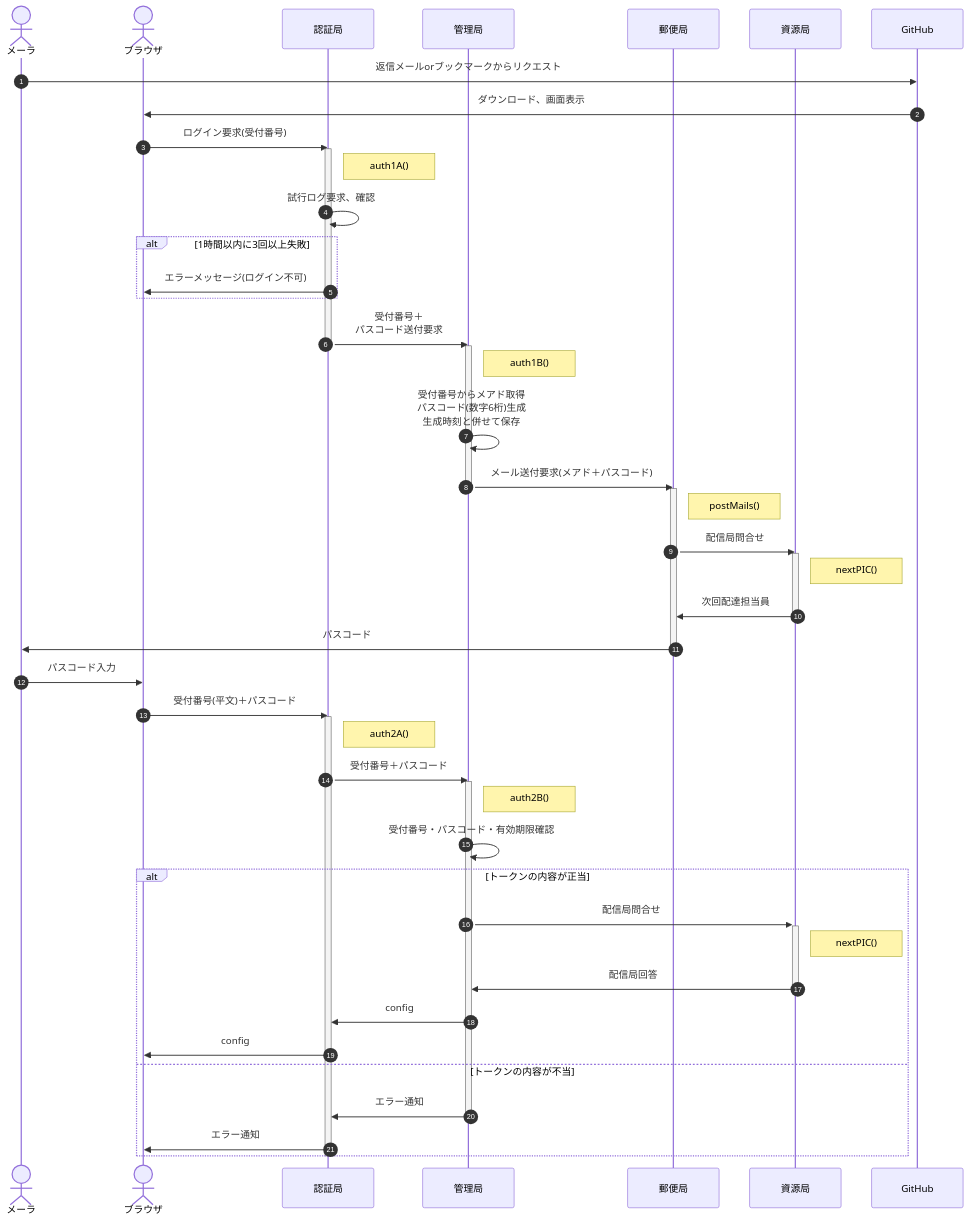
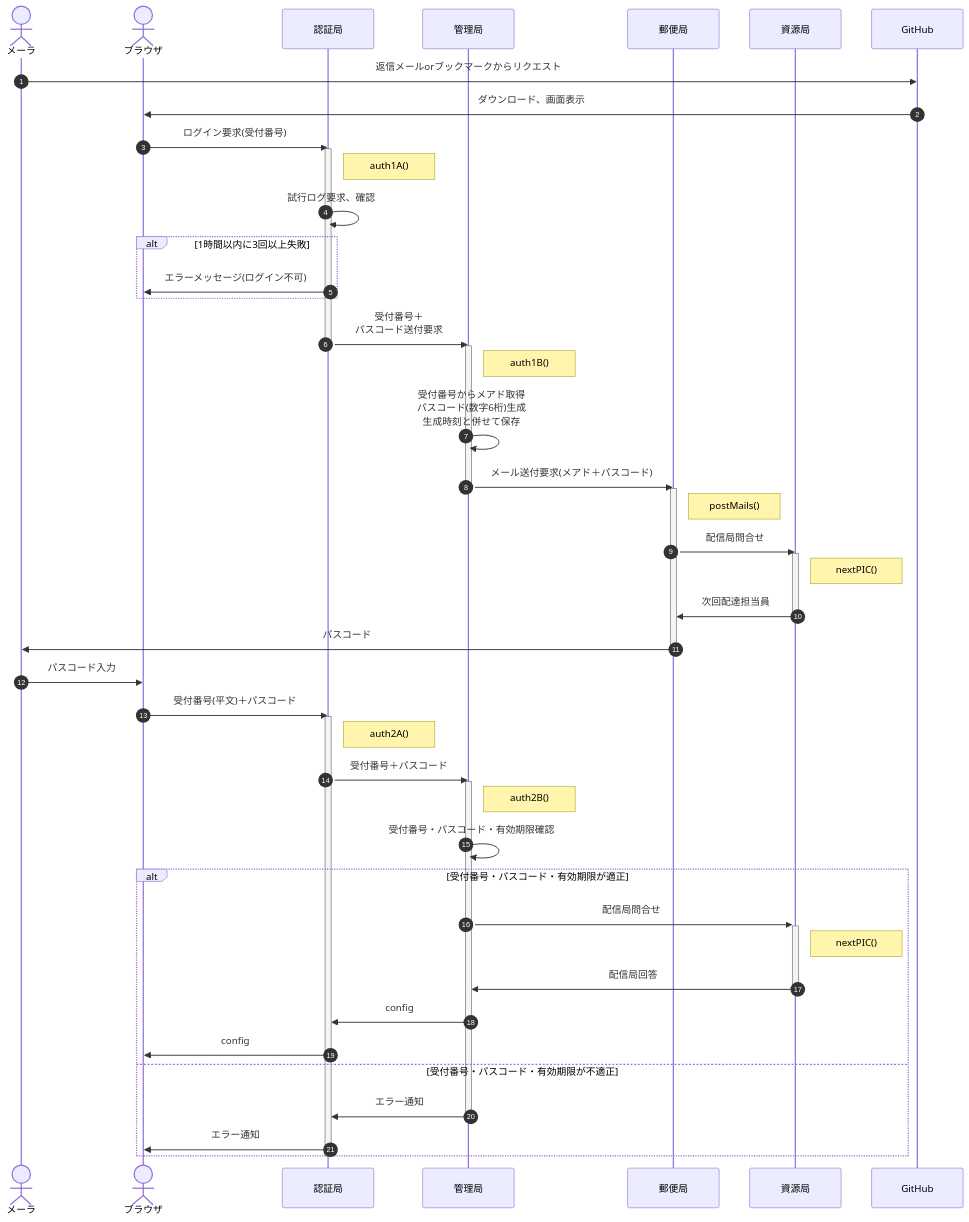
Before and after one commit to nakaone/EventStaff: the fourth of 7 diagrams in doc/server.md, drawn with Mermaid. The commit also changed other lines of this file and 1 other file, not shown here.

````diff
--- a/doc/server.md
+++ b/doc/server.md
@@ -155,58 +152,58 @@
 ```mermaid
 sequenceDiagram
   autonumber
   actor mail as メーラ
   actor browser as ブラウザ
   participant auth as 認証局
   participant master as 管理局
   participant post as 郵便局
   participant agency as 資源局
   participant git as GitHub
 
   mail->>git : 返信メールorブックマークからリクエスト
   git->>browser : ダウンロード、画面表示
 
   browser ->> auth : ログイン要求(受付番号)
   activate auth
   Note right of auth : auth1A()
   auth->>auth : 試行ログ要求、確認
   alt 1時間以内に3回以上失敗
     auth->>browser : エラーメッセージ(ログイン不可)
   end
   auth ->> master : 受付番号＋<br>パスコード送付要求
   deactivate auth
   activate master
   Note right of master : auth1B()
   master ->> master : 受付番号からメアド取得<br>パスコード(数字6桁)生成<br>生成時刻と併せて保存
   master ->> post : メール送付要求(メアド＋パスコード)
   deactivate master
   activate post
   Note right of post : postMails()
   post ->> agency : 配信局問合せ
   activate agency
   Note right of agency : nextPIC()
   agency ->> post : 次回配達担当員
   deactivate agency
   post ->> mail : パスコード
   deactivate post
   mail ->> browser : パスコード入力
   browser ->> auth : 受付番号(平文)＋パスコード
   activate auth
   Note right of auth : auth2A()
   auth ->> master : 受付番号＋パスコード
   activate master
   Note right of master : auth2B()
   master ->> master : 受付番号・パスコード・有効期限確認
-  alt トークンの内容が正当
+  alt 受付番号・パスコード・有効期限が適正
     master ->>+ agency : 配信局問合せ
     Note right of agency : nextPIC()
     agency ->>- master : 配信局回答
     master ->> auth : config
     auth ->> browser : config
-  else トークンの内容が不当
+  else 受付番号・パスコード・有効期限が不適正
     master ->> auth : エラー通知
     deactivate master
     auth ->> browser : エラー通知
   end
   deactivate auth
 ```
````
